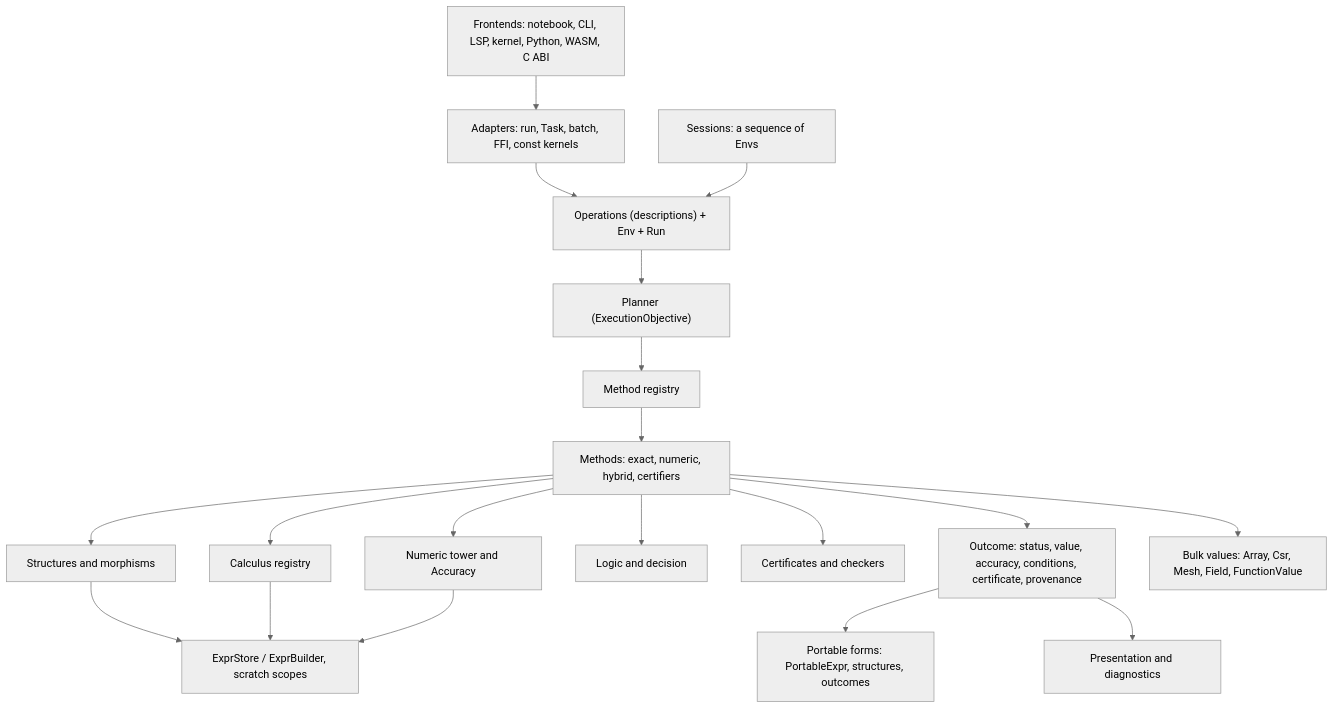
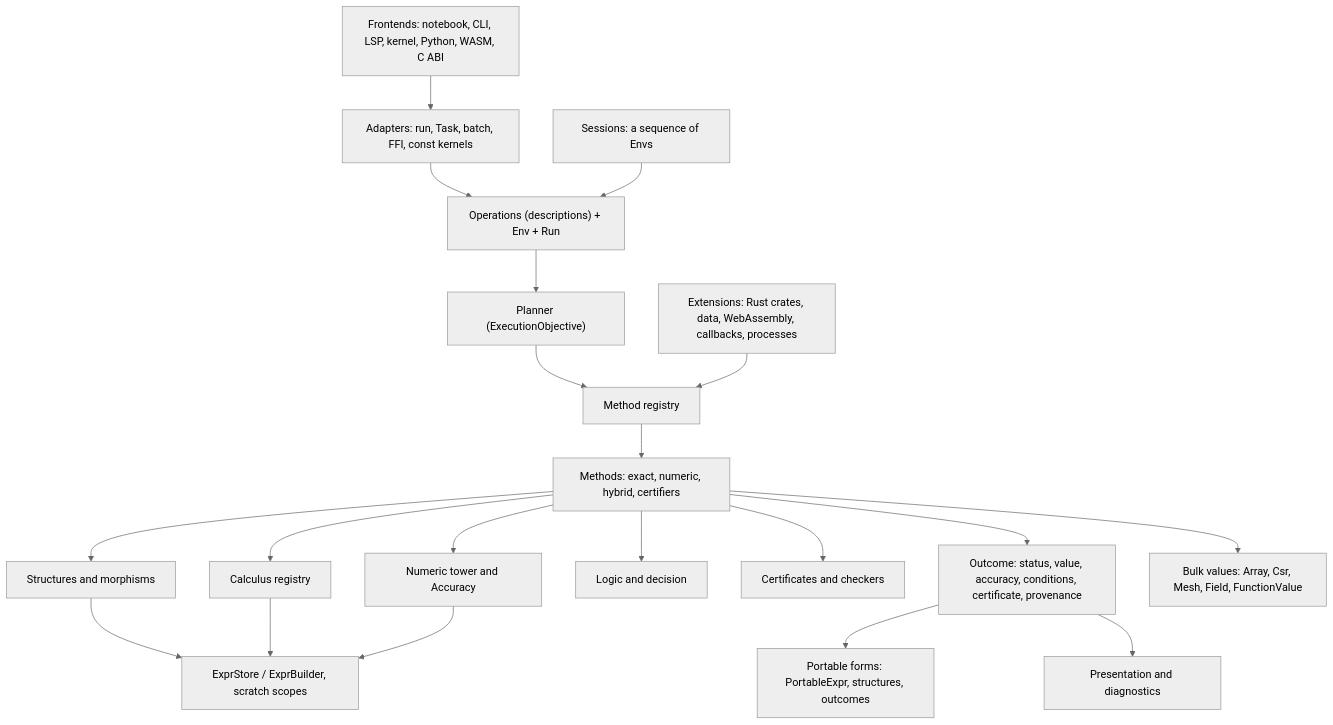
Before and after one commit to Spodeian/algebra-engine: the second of 2 diagrams in docs/DESIGN.md, drawn with Mermaid (neutral theme). The commit also changed other lines of this file, not shown here.

````diff
--- a/docs/DESIGN.md
+++ b/docs/DESIGN.md
@@ -346,21 +362,22 @@
 ```mermaid
 graph TD
     fe["Frontends: notebook, CLI, LSP, kernel, Python, WASM, C ABI"] --> ad["Adapters: run, Task, batch, FFI, const kernels"]
     ad --> ops["Operations (descriptions) + Env + Run"]
     ops --> plan["Planner (ExecutionObjective)"]
     plan --> reg["Method registry"]
+    ext["Extensions: Rust crates, data, WebAssembly, callbacks, processes"] --> reg
     reg --> m["Methods: exact, numeric, hybrid, certifiers"]
     m --> st["Structures and morphisms"]
     m --> calc["Calculus registry"]
     m --> num["Numeric tower and Accuracy"]
     st --> store["ExprStore / ExprBuilder, scratch scopes"]
     calc --> store
     num --> store
     m --> logic["Logic and decision"]
     m --> cert["Certificates and checkers"]
     m --> out["Outcome: status, value, accuracy, conditions, certificate, provenance"]
     out --> port["Portable forms: PortableExpr, structures, outcomes"]
     out --> pres["Presentation and diagnostics"]
     sess["Sessions: a sequence of Envs"] --> ops
     m --> bulk["Bulk values: Array, Csr, Mesh, Field, FunctionValue"]
 ```
````
